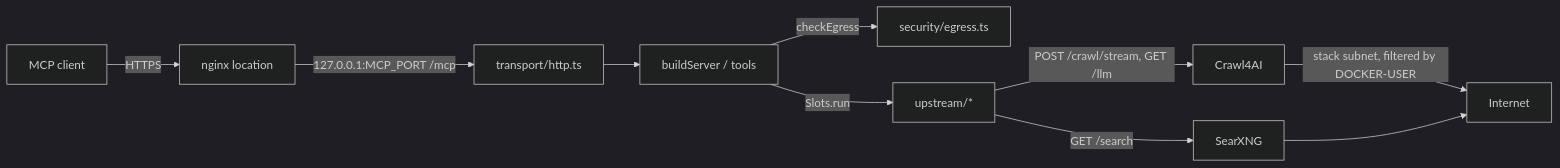
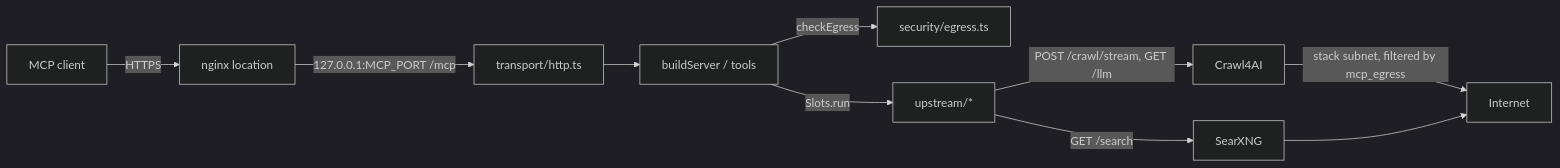
One commit to siosig/searxng-crawl4ai-mcp changed the diagram in docs/plan.md. Above: the diagram before and after it, drawn with Mermaid (dark theme). The commit also changed other lines of this file and 8 other files, not shown here.

First line of the commit message:
fix(egress_guard): apply the rules before docker.service and require them

````diff
--- a/docs/plan.md
+++ b/docs/plan.md
@@ -48,12 +48,12 @@
 ```mermaid
 flowchart LR
   C[MCP client] -->|HTTPS| N[nginx location]
   N -->|127.0.0.1:MCP_PORT /mcp| H[transport/http.ts]
   H --> S[buildServer / tools]
   S -->|checkEgress| E[security/egress.ts]
   S -->|Slots.run| U[upstream/*]
   U -->|GET /search| X[SearXNG]
   U -->|POST /crawl/stream, GET /llm| K[Crawl4AI]
-  K -->|stack subnet, filtered by DOCKER-USER| W[Internet]
+  K -->|stack subnet, filtered by mcp_egress| W[Internet]
   X --> W
 ```
````
